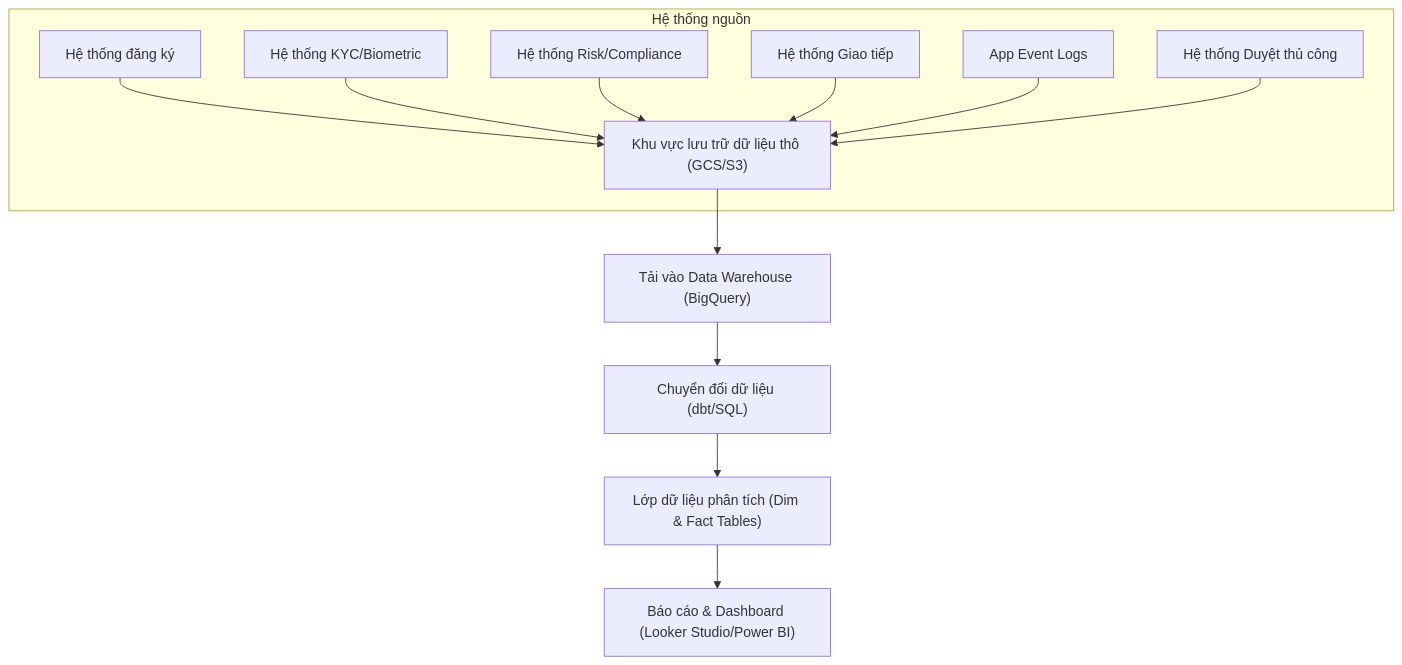
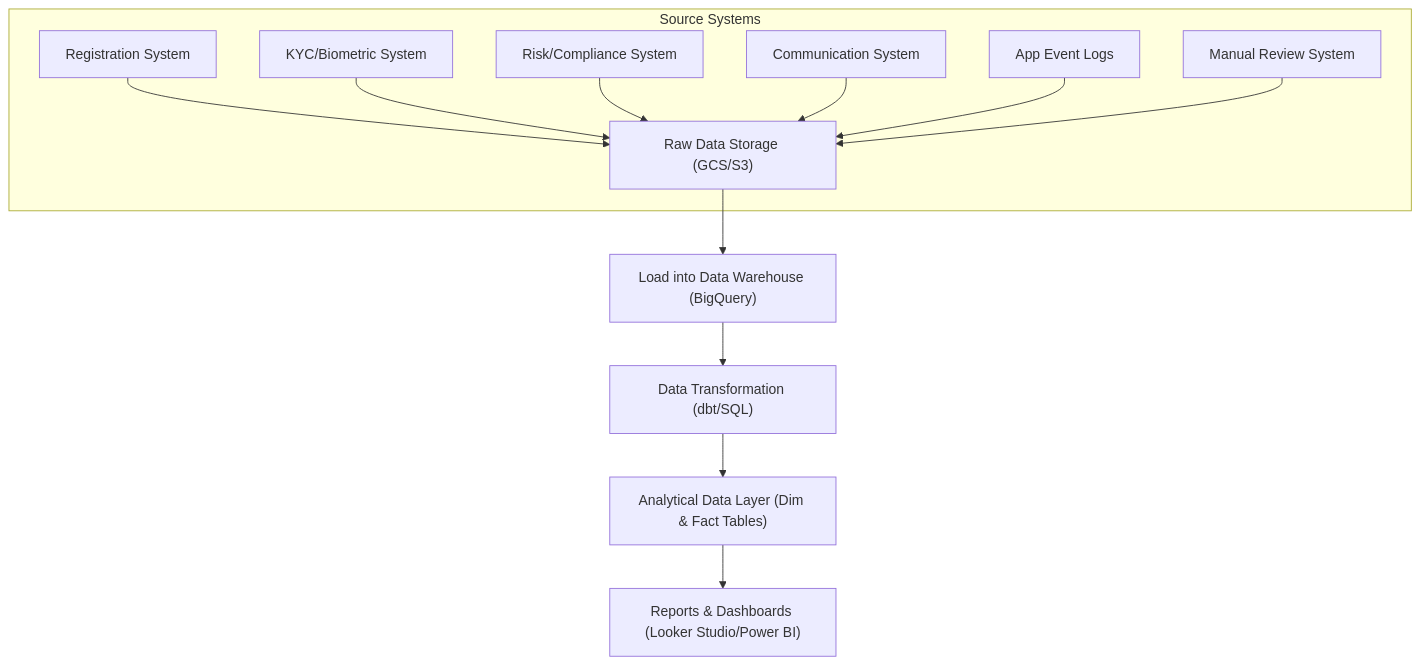
One commit to NgoQuocHuy02/da-tech-assessment changed the second of 4 diagrams in report_a05_customer_onboarding_analytics.md. Above: the diagram before and after it, drawn with Mermaid. The commit also changed other lines of this file and 1 other file, not shown here.

Commit message:
Submit the final report A05 Customer Onboarding Journey Analysis (KYC/AML)

````diff
--- a/report_a05_customer_onboarding_analytics.md
+++ b/report_a05_customer_onboarding_analytics.md
@@ -557,16 +540,16 @@
   ```mermaid
     flowchart TD
-  subgraph Source_Systems [Hệ thống nguồn]
-    A[Hệ thống đăng ký] --> RawData
-    B[Hệ thống KYC/Biometric] --> RawData
-    C[Hệ thống Risk/Compliance] --> RawData
-    D[Hệ thống Giao tiếp] --> RawData
+  subgraph Source_Systems [Source Systems]
+    A[Registration System] --> RawData
+    B[KYC/Biometric System] --> RawData
+    C[Risk/Compliance System] --> RawData
+    D[Communication System] --> RawData
     E[App Event Logs] --> RawData
-    F[Hệ thống Duyệt thủ công] --> RawData
+    F[Manual Review System] --> RawData
   end
 
-  RawData["Khu vực lưu trữ dữ liệu thô (GCS/S3)"] --> Load["Tải vào Data Warehouse (BigQuery)"]
-  Load --> Transform["Chuyển đổi dữ liệu (dbt/SQL)"]
-  Transform --> AnalyticalLayer["Lớp dữ liệu phân tích (Dim & Fact Tables)"]
-  AnalyticalLayer --> Consumption["Báo cáo & Dashboard (Looker Studio/Power BI)"]
+  RawData["Raw Data Storage (GCS/S3)"] --> Load["Load into Data Warehouse (BigQuery)"]
+  Load --> Transform["Data Transformation (dbt/SQL)"]
+  Transform --> AnalyticalLayer["Analytical Data Layer (Dim & Fact Tables)"]
+  AnalyticalLayer --> Consumption["Reports & Dashboards (Looker Studio/Power BI)"]
   ```
````
